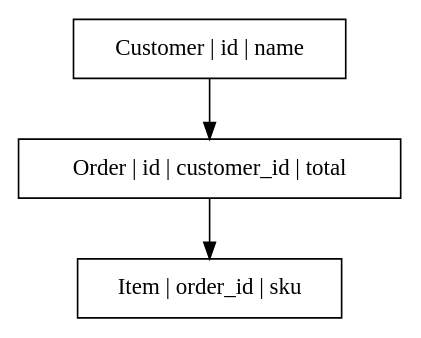
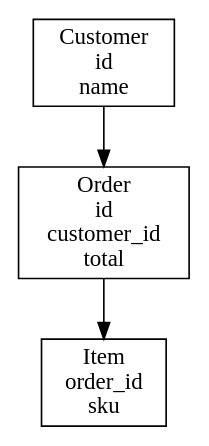
One commit to xberg-io/test_documents changed the diagram in ground_truth/dot/graphviz_record.dot. Above: the diagram before and after it, drawn with Graphviz. The commit also changed 6 other files, not shown here.

First line of the commit message:
fix(diagrams): key record nodes as the corpus already keys multi-line labels

```diff
--- a/ground_truth/dot/graphviz_record.dot
+++ b/ground_truth/dot/graphviz_record.dot
@@ -1,10 +1,11 @@
 digraph graphviz_record {
   // One record is one node. Its fields are separated by rules drawn inside the single
-  // outline, so the node key is the field texts joined with " | " in drawing order --
-  // splitting a record into one node per field is the failure this fixture looks for.
-  "Customer | id | name" [shape=record fillcolor="#fbb4ae"];
-  "Order | id | customer_id | total" [shape=record fillcolor="#fbb4ae"];
-  "Item | order_id | sku" [shape=record fillcolor="#fbb4ae"];
-  "Customer | id | name" -> "Order | id | customer_id | total";
-  "Order | id | customer_id | total" -> "Item | order_id | sku";
+  // outline, so the node key is the field texts as one multi-line label, the same
+  // convention org_chart.dot uses. Splitting a record into one node per field is the
+  // failure this fixture looks for.
+  "Customer\nid\nname" [shape=record fillcolor="#fbb4ae"];
+  "Order\nid\ncustomer_id\ntotal" [shape=record fillcolor="#fbb4ae"];
+  "Item\norder_id\nsku" [shape=record fillcolor="#fbb4ae"];
+  "Customer\nid\nname" -> "Order\nid\ncustomer_id\ntotal";
+  "Order\nid\ncustomer_id\ntotal" -> "Item\norder_id\nsku";
 }
```
